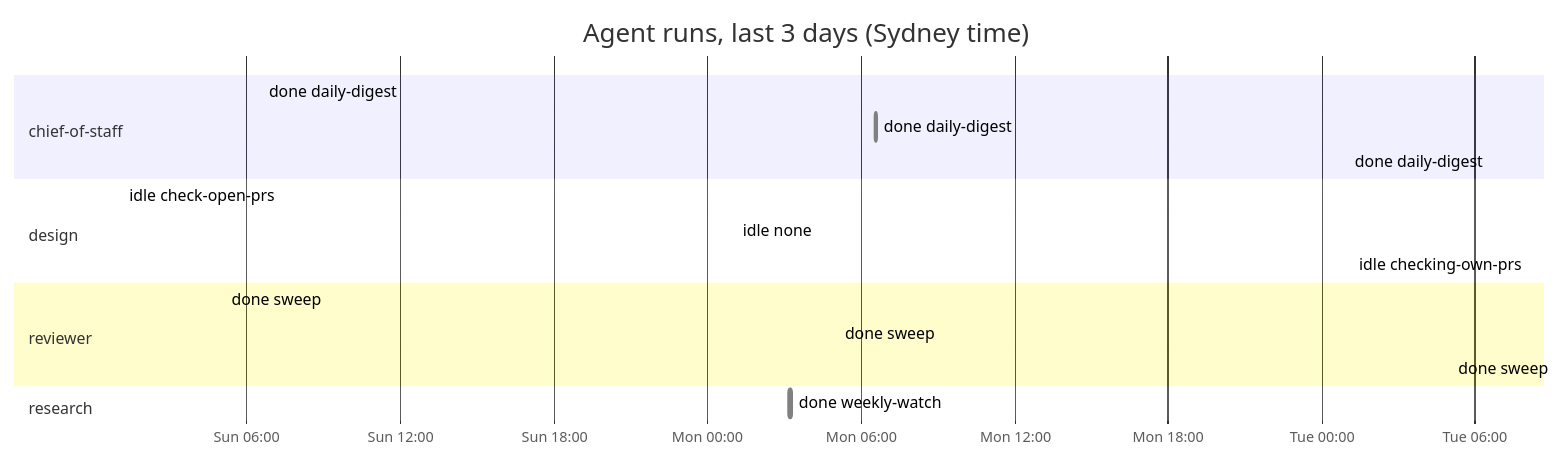
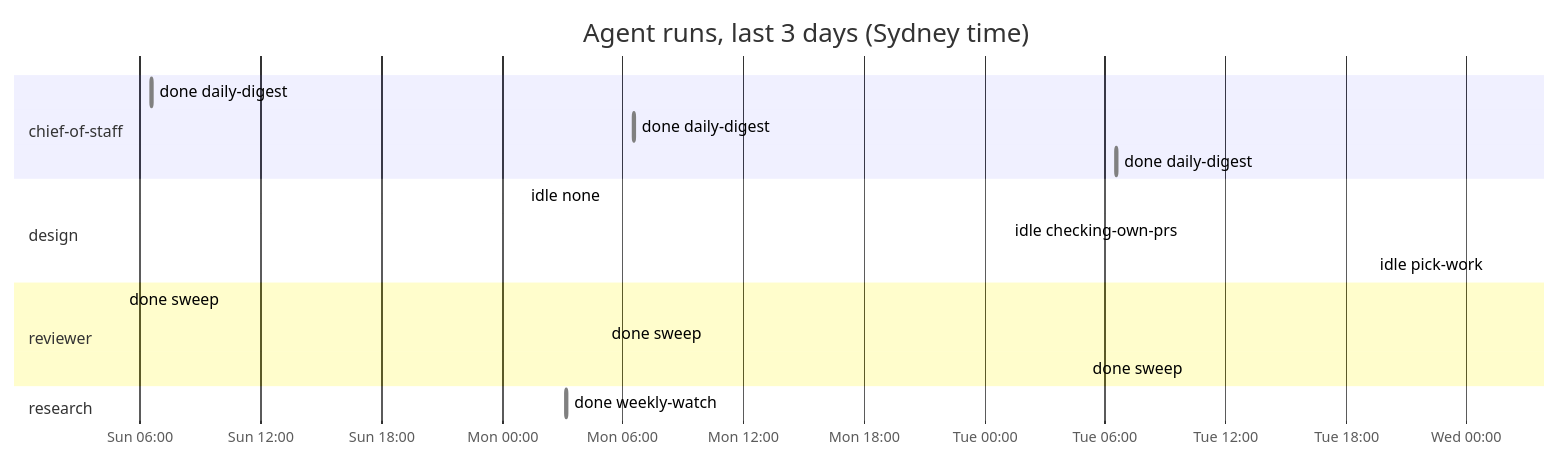
The diagram in dashboard.md (roulmediateam-byte/fifteen-expert-hq), drawn with Mermaid before and after one commit. The commit also changed other lines of this file and 1 other file, not shown here.

````diff
--- a/dashboard.md
+++ b/dashboard.md
@@ -44,20 +44,20 @@
 ```mermaid
 gantt
     title Agent runs, last 3 days (Sydney time)
     dateFormat YYYY-MM-DD HH:mm
     axisFormat %a %H:%M
     section chief-of-staff
     done daily-digest :done, 2026-11-15 06:35, 2026-11-15 06:36
     done daily-digest :done, 2026-11-16 06:35, 2026-11-16 06:36
     done daily-digest :done, 2026-11-17 06:35, 2026-11-17 06:36
     section design
-    idle check-open-prs :done, 2026-11-15 01:08, 2026-11-15 01:09
     idle none :done, 2026-11-16 01:08, 2026-11-16 01:08
     idle checking-own-prs :done, 2026-11-17 01:12, 2026-11-17 01:12
+    idle pick-work :done, 2026-11-18 01:11, 2026-11-18 01:11
     section reviewer
     done sweep :done, 2026-11-15 05:07, 2026-11-15 05:08
     done sweep :done, 2026-11-16 05:05, 2026-11-16 05:06
     done sweep :done, 2026-11-17 05:05, 2026-11-17 05:05
     section research
     done weekly-watch :done, 2026-11-16 03:10, 2026-11-16 03:17
 ```
````
